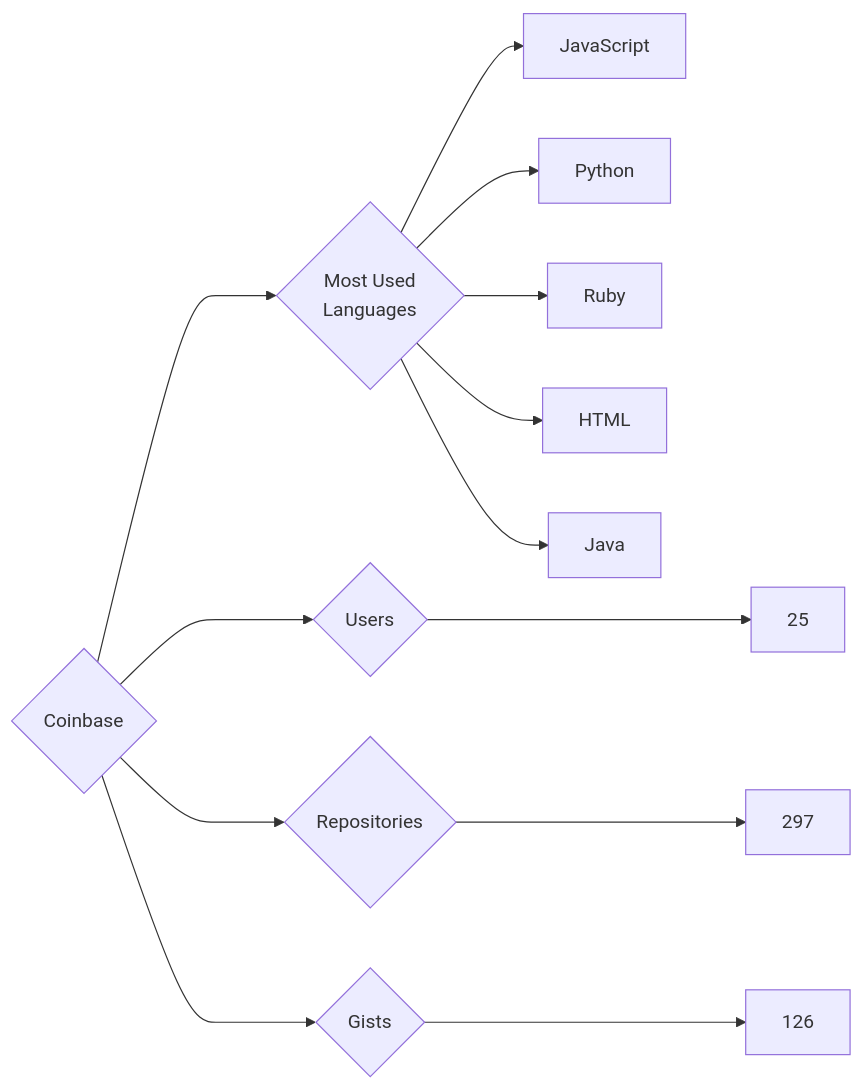
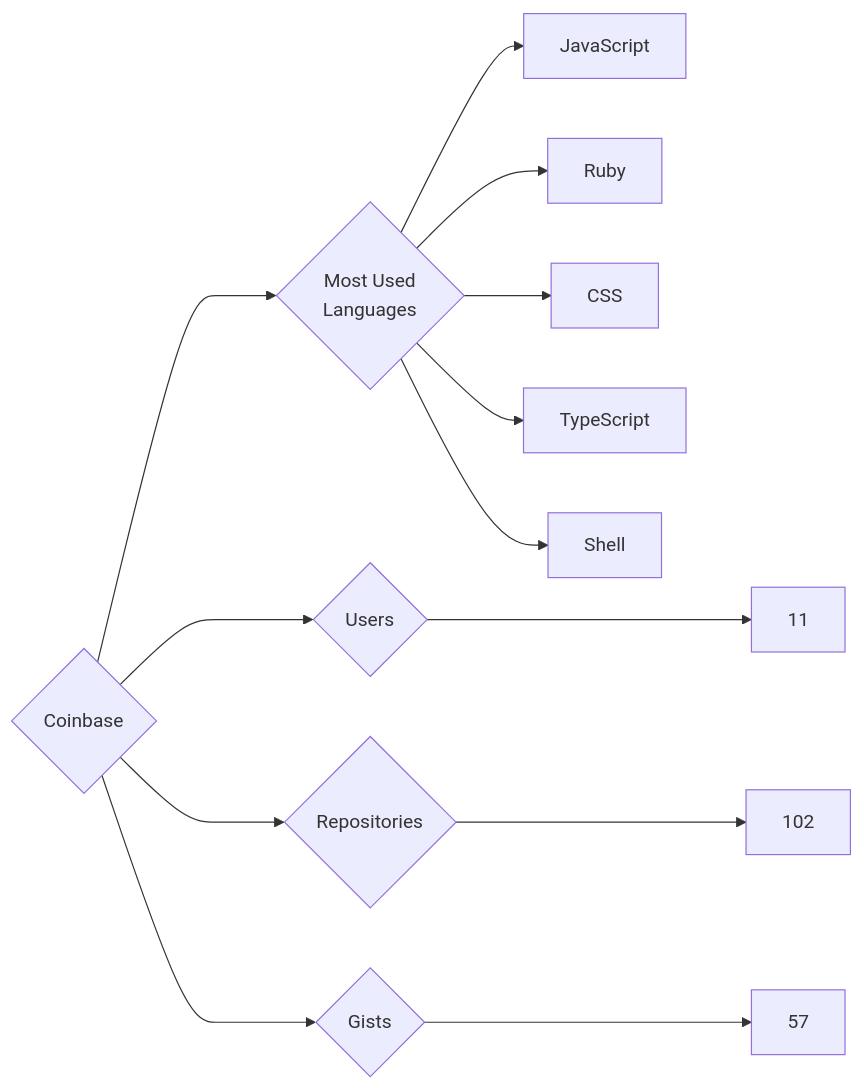
Before and after one commit to trickest/insiders: the diagram in targets/Coinbase/README.md, drawn with Mermaid. The commit also changed 752 other files, not shown here.

````diff
--- a/targets/Coinbase/README.md
+++ b/targets/Coinbase/README.md
@@ -3,13 +3,13 @@
 ```mermaid
 graph LR
 COMPANY_NAME{Coinbase}
-COMPANY_NAME ---> U{Users} ---> UN[25]
-COMPANY_NAME ---> R{Repositories} ---> RN[297]
-COMPANY_NAME ---> G{Gists} ---> GN[126]
+COMPANY_NAME ---> U{Users} ---> UN[11]
+COMPANY_NAME ---> R{Repositories} ---> RN[102]
+COMPANY_NAME ---> G{Gists} ---> GN[57]
 COMPANY_NAME ---> ML{Most Used<br>Languages}
 ML --> JavaScript[JavaScript]
-ML --> Python[Python]
 ML --> Ruby[Ruby]
-ML --> HTML[HTML]
-ML --> Java[Java]
+ML --> CSS[CSS]
+ML --> TypeScript[TypeScript]
+ML --> Shell[Shell]
 ```
````
